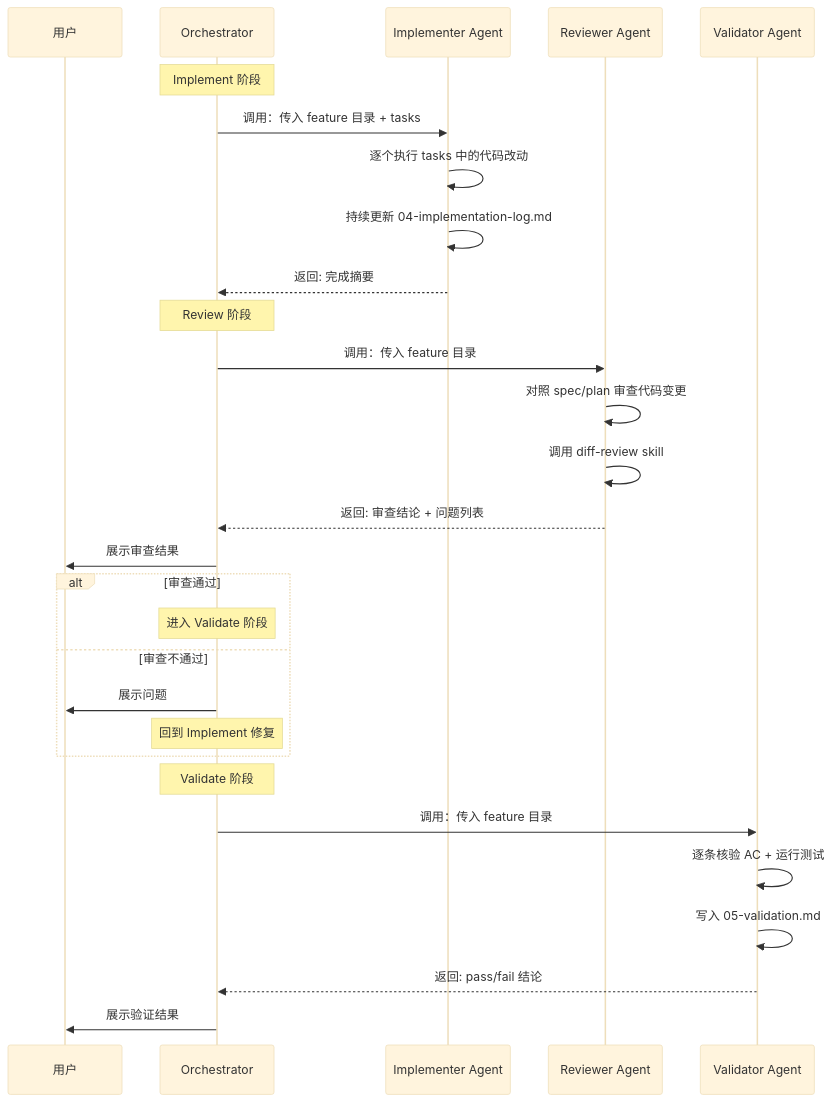
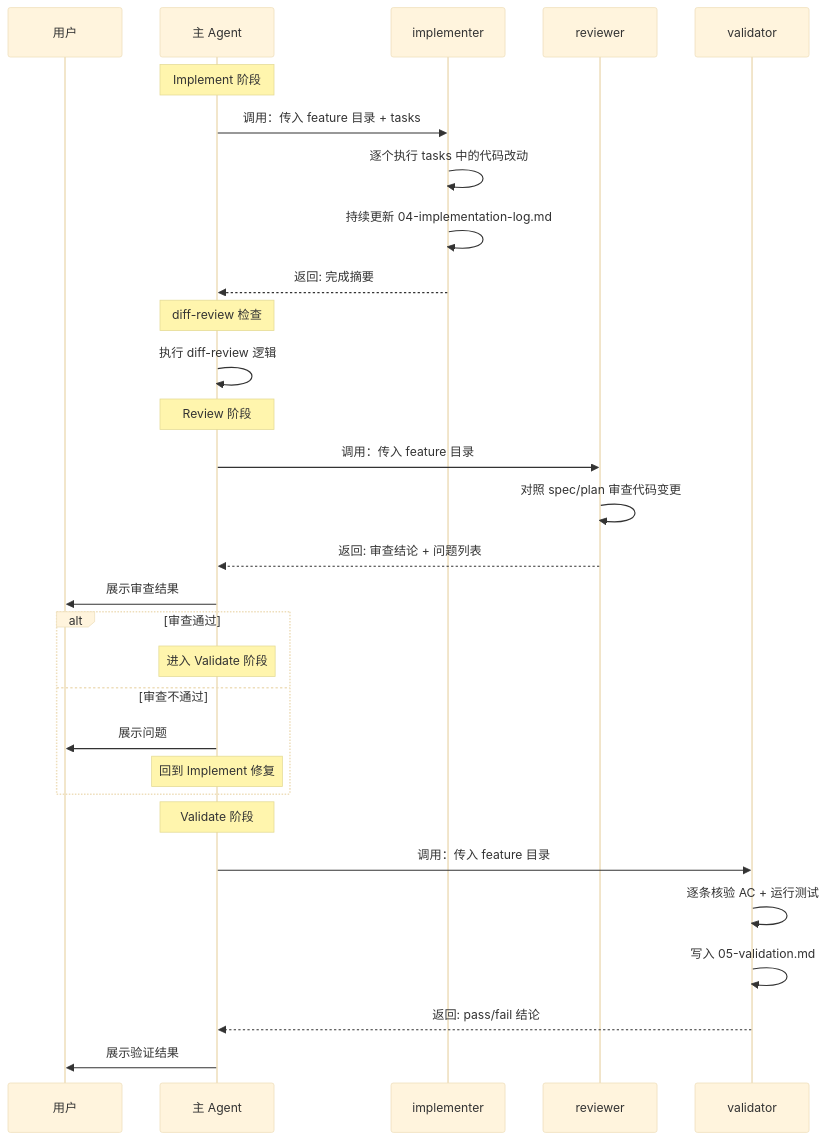
The fifth of 7 diagrams in ARCHITECTURE.md (daydreamer258/opencode-sdd-pipeline), drawn with Mermaid (base theme) before and after one commit. The commit also changed other lines of this file and 12 other files, not shown here.

````diff
--- a/ARCHITECTURE.md
+++ b/ARCHITECTURE.md
@@ -173,35 +179,37 @@
 ```mermaid
 sequenceDiagram
     participant U as 用户
-    participant O as Orchestrator
-    participant I as Implementer Agent
-    participant R as Reviewer Agent
-    participant V as Validator Agent
+    participant M as 主 Agent
+    participant I as implementer
+    participant R as reviewer
+    participant V as validator
 
-    Note over O: Implement 阶段
-    O->>I: 调用：传入 feature 目录 + tasks
+    Note over M: Implement 阶段
+    M->>I: 调用：传入 feature 目录 + tasks
     I->>I: 逐个执行 tasks 中的代码改动
     I->>I: 持续更新 04-implementation-log.md
-    I-->>O: 返回: 完成摘要
+    I-->>M: 返回: 完成摘要
 
-    Note over O: Review 阶段
-    O->>R: 调用：传入 feature 目录
+    Note over M: diff-review 检查
+    M->>M: 执行 diff-review 逻辑
+
+    Note over M: Review 阶段
+    M->>R: 调用：传入 feature 目录
     R->>R: 对照 spec/plan 审查代码变更
-    R->>R: 调用 diff-review skill
-    R-->>O: 返回: 审查结论 + 问题列表
-    O->>U: 展示审查结果
+    R-->>M: 返回: 审查结论 + 问题列表
+    M->>U: 展示审查结果
 
     alt 审查通过
-        Note over O: 进入 Validate 阶段
+        Note over M: 进入 Validate 阶段
     else 审查不通过
-        O->>U: 展示问题
-        Note over O: 回到 Implement 修复
+        M->>U: 展示问题
+        Note over M: 回到 Implement 修复
     end
 
-    Note over O: Validate 阶段
-    O->>V: 调用：传入 feature 目录
+    Note over M: Validate 阶段
+    M->>V: 调用：传入 feature 目录
     V->>V: 逐条核验 AC + 运行测试
     V->>V: 写入 05-validation.md
-    V-->>O: 返回: pass/fail 结论
-    O->>U: 展示验证结果
+    V-->>M: 返回: pass/fail 结论
+    M->>U: 展示验证结果
 ```
````
